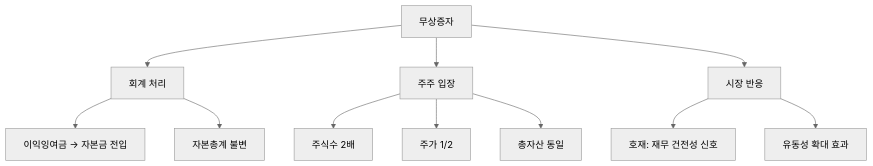
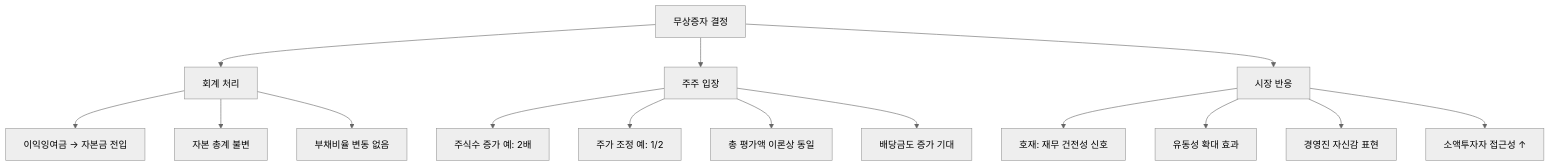
The diagram in content/stock-terms/ko/level-07-earnings/free-capital-increase.md (yeongseon/stock-visual-note), drawn with Mermaid (neutral theme) before and after one commit. The commit also changed other lines of this file and 9 other files, not shown here.

Commit message:
content: rewrite level-07 (10 articles) — richer diagrams, realistic scenarios, blog tone

````diff
--- a/content/stock-terms/ko/level-07-earnings/free-capital-increase.md
+++ b/content/stock-terms/ko/level-07-earnings/free-capital-increase.md
@@ -39,14 +43,18 @@
 ```mermaid
 graph TD
-    A["무상증자"]
+    A["무상증자 결정"]
     A --> B["회계 처리"]
     A --> C["주주 입장"]
     A --> D["시장 반응"]
     B --> B1["이익잉여금 → 자본금 전입"]
-    B --> B2["자본총계 불변"]
-    C --> C1["주식수 2배"]
-    C --> C2["주가 1/2"]
-    C --> C3["총자산 동일"]
+    B --> B2["자본 총계 불변"]
+    B --> B3["부채비율 변동 없음"]
+    C --> C1["주식수 증가 예: 2배"]
+    C --> C2["주가 조정 예: 1/2"]
+    C --> C3["총 평가액 이론상 동일"]
+    C --> C4["배당금도 증가 기대"]
     D --> D1["호재: 재무 건전성 신호"]
     D --> D2["유동성 확대 효과"]
+    D --> D3["경영진 자신감 표현"]
+    D --> D4["소액투자자 접근성 ↑"]
 ```
````
